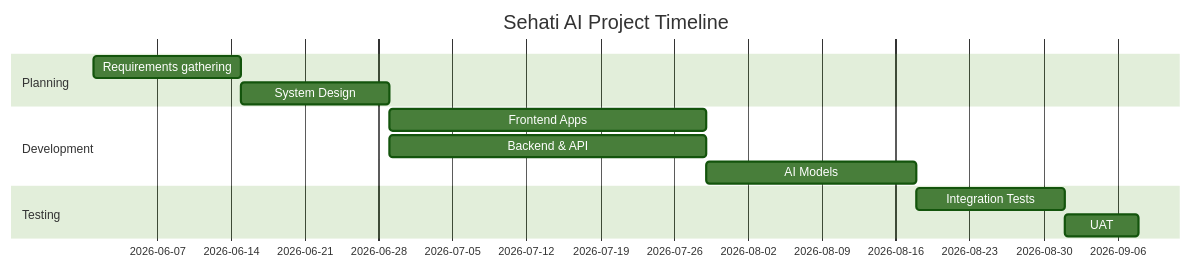
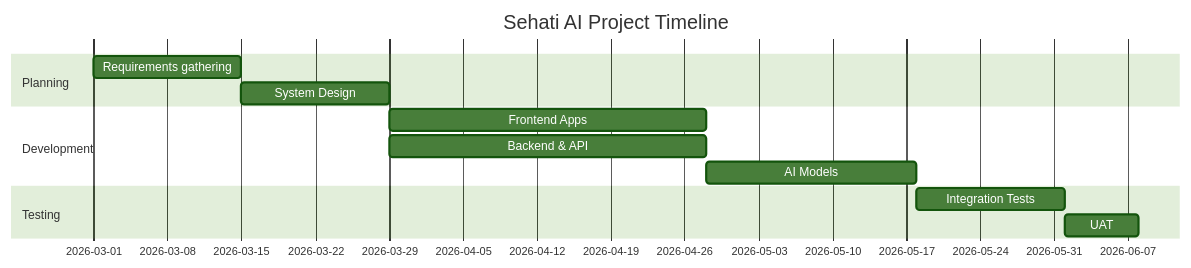
The diagram in sehati-ai-5/README.md (AyaMagdy27/Mastar_FINAL_PROJECT), drawn with Mermaid (forest theme) before and after one commit.

Commit message:
Update project timeline start date for requirements gathering

````diff
--- a/sehati-ai-5/README.md
+++ b/sehati-ai-5/README.md
@@ -112,15 +112,15 @@
 ```mermaid
 gantt
     title Sehati AI Project Timeline
     dateFormat  YYYY-MM-DD
     section Planning
-    Requirements gathering :a1, 2026-06-01, 14d
+    Requirements gathering :a1, 2026-03-01, 14d
     System Design      :a2, after a1, 14d
     section Development
     Frontend Apps      :a3, after a2, 30d
     Backend & API      :a4, after a2, 30d
     AI Models          :a5, after a4, 20d
     section Testing
     Integration Tests  :a6, after a5, 14d
     UAT                :a7, after a6, 7d
 ```
````
